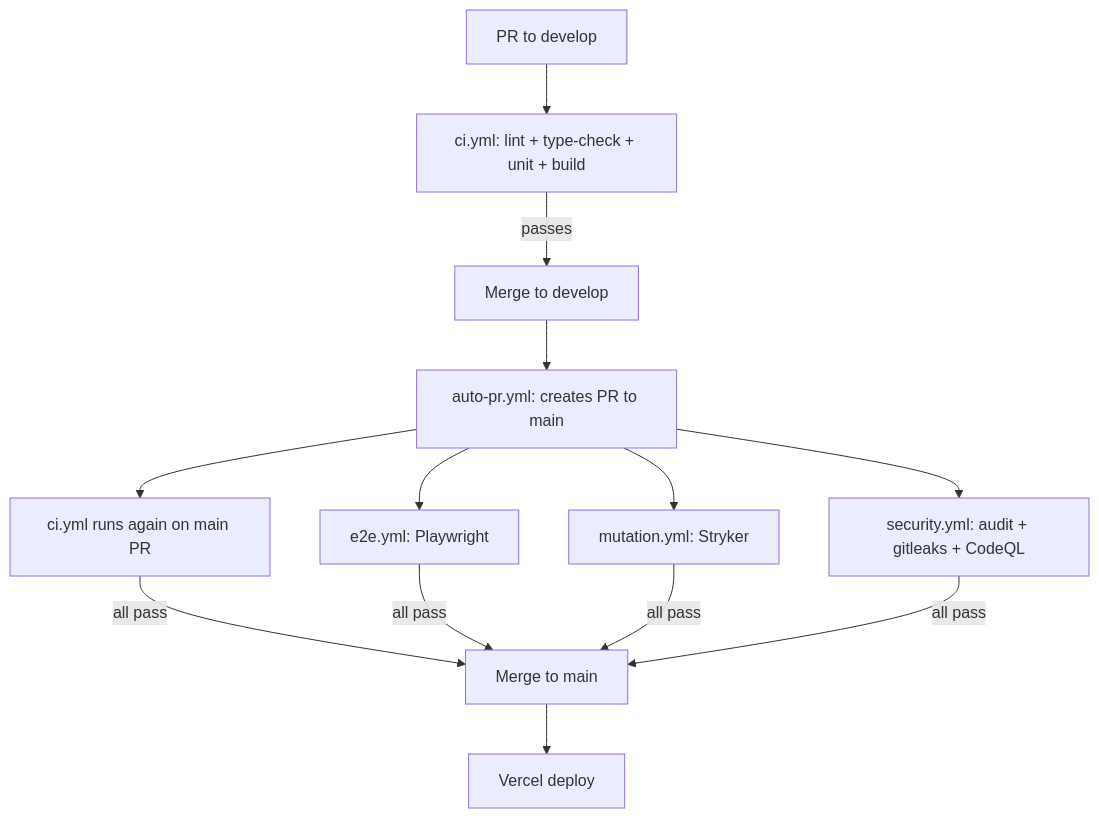
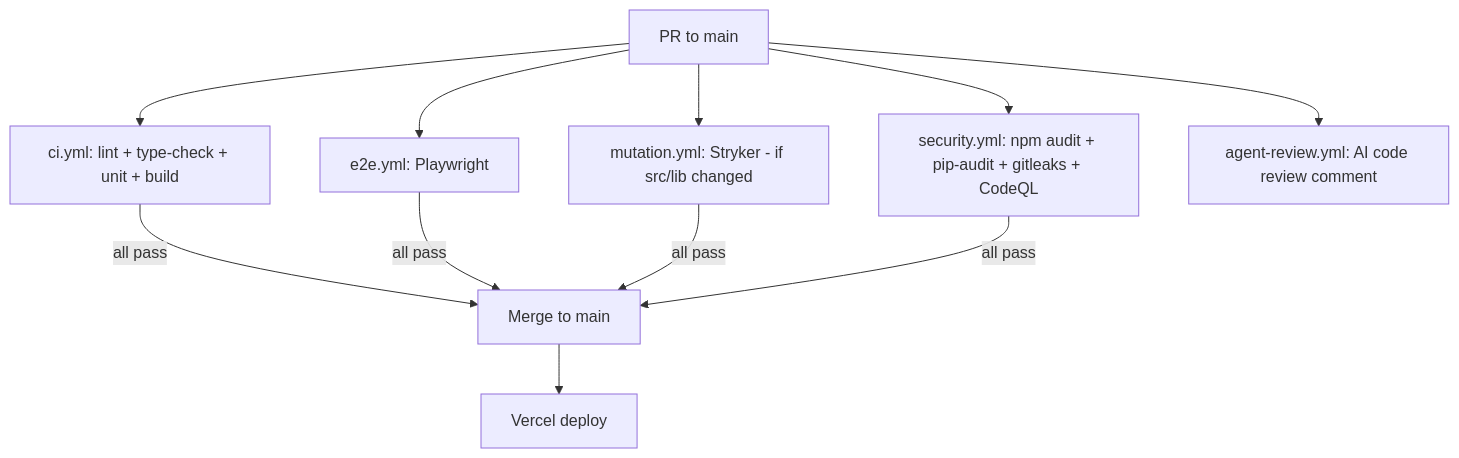
Before and after one commit to Oweeboi011/Fit-Ready-IQ: the fifth of 8 diagrams in docs/wiki/TESTING.md, drawn with Mermaid. The commit also changed other lines of this file and 15 other files, not shown here.

````diff
--- a/docs/wiki/TESTING.md
+++ b/docs/wiki/TESTING.md
@@ -407,12 +409,10 @@
 ```mermaid
 flowchart TD
-    A[PR to develop] --> B[ci.yml: lint + type-check + unit + build]
-    B -->|passes| C[Merge to develop]
-    C --> D[auto-pr.yml: creates PR to main]
-    D --> E[ci.yml runs again on main PR]
-    D --> F[e2e.yml: Playwright]
-    D --> G[mutation.yml: Stryker]
-    D --> H[security.yml: audit + gitleaks + CodeQL]
-    E & F & G & H -->|all pass| I[Merge to main]
-    I --> J[Vercel deploy]
+    A[PR to main] --> B[ci.yml: lint + type-check + unit + build]
+    A --> C[e2e.yml: Playwright]
+    A --> D[mutation.yml: Stryker - if src/lib changed]
+    A --> E[security.yml: npm audit + pip-audit + gitleaks + CodeQL]
+    A --> F[agent-review.yml: AI code review comment]
+    B & C & D & E -->|all pass| G[Merge to main]
+    G --> H[Vercel deploy]
 ```
````
